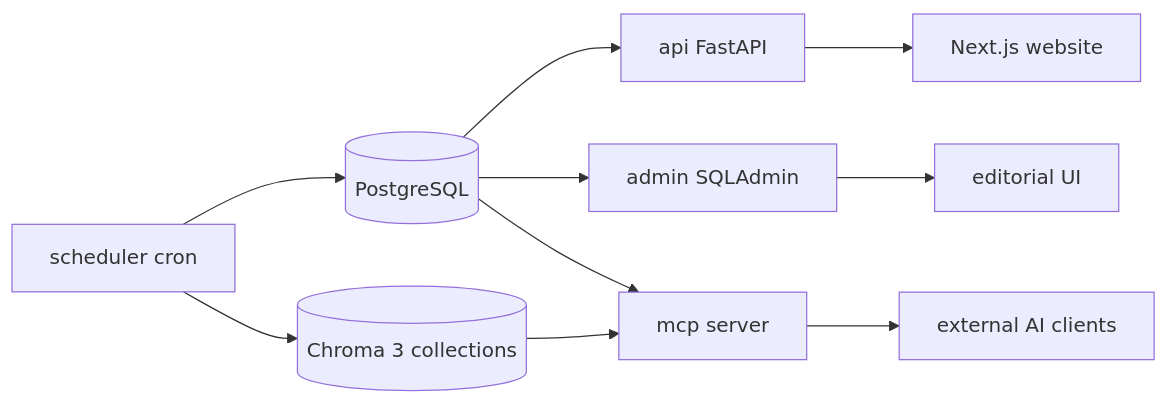
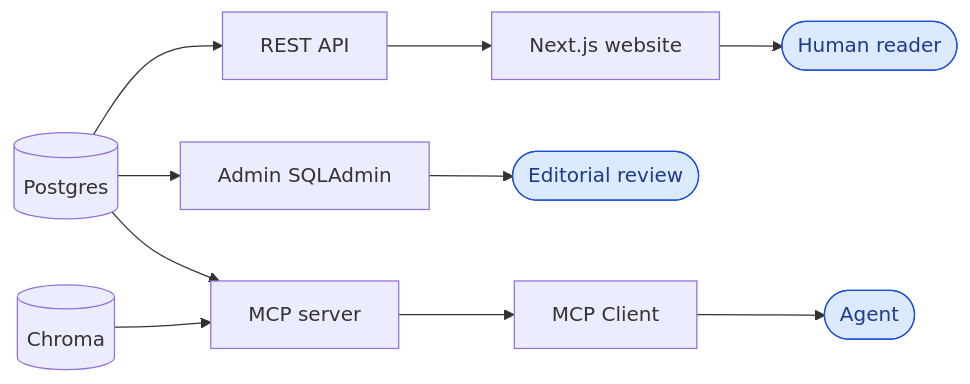
Before and after one commit to ogaston/multi-source-news-verification-pipeline: the sixth of 6 diagrams in docs/architecture.md, drawn with Mermaid. The commit also changed other lines of this file and 16 other files, not shown here.

Commit message:
Update .gitignore to exclude Lighthouse CI reports and enhance README with project details. Revise architecture documentation to clarify system overview and design principles.

````diff
--- a/docs/architecture.md
+++ b/docs/architecture.md
@@ -128,12 +166,15 @@
 ```mermaid
-graph LR
-  scheduler[scheduler cron] --> pg[(PostgreSQL)]
-  scheduler --> chroma[(Chroma 3 collections)]
-  pg --> api[api FastAPI]
-  pg --> admin[admin SQLAdmin]
-  pg --> mcp[mcp server]
-  chroma --> mcp
-  api --> web[Next.js website]
-  mcp --> agents[external AI clients]
-  admin --> editor[editorial UI]
+flowchart LR
+    PG[(Postgres)] --> API[REST API]
+    PG --> ADM[Admin SQLAdmin]
+    PG --> MCP[MCP server]
+    CH[(Chroma)] --> MCP
+    API --> WEB[Next.js website]
+    WEB --> HR([Human reader])
+    MCP --> MC[MCP Client]
+    MC --> AG([Agent])
+    ADM --> ED([Editorial review])
+
+    classDef consumer fill:#dbeafe,stroke:#1d4ed8,color:#1e3a8a
+    class HR,AG,ED consumer
 ```
````
